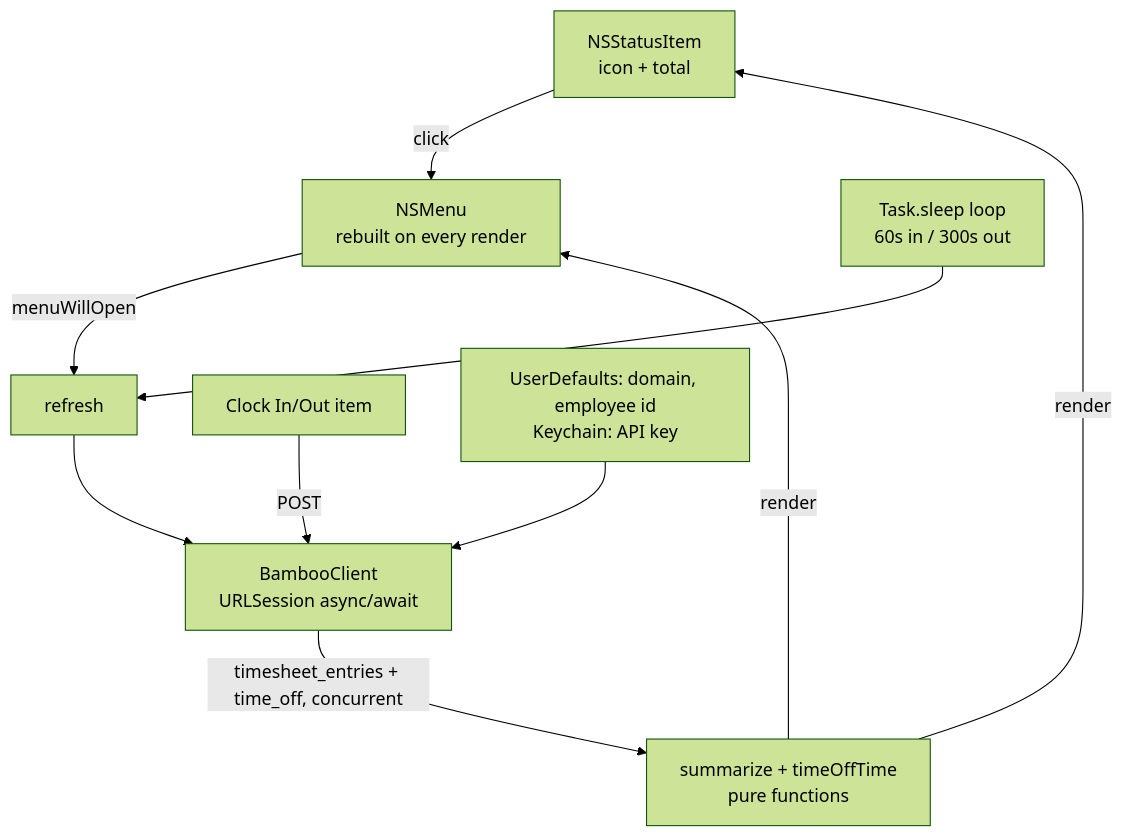
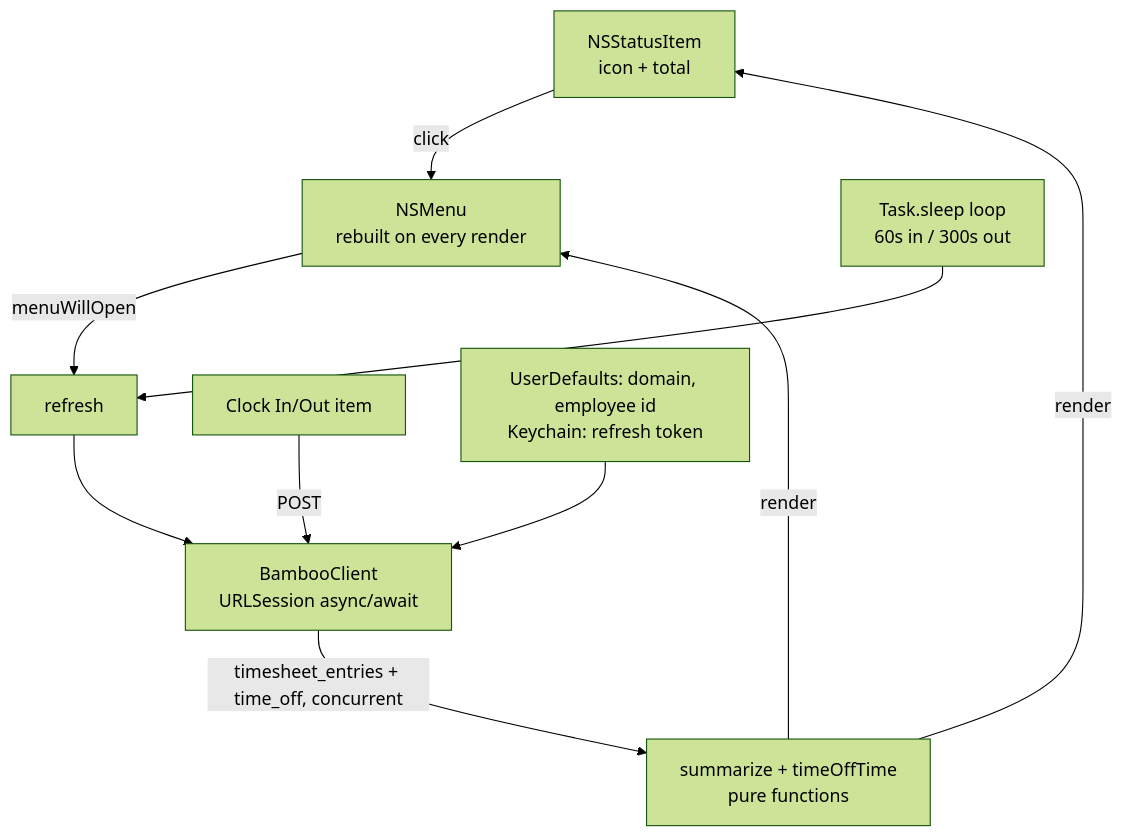
One commit to thilo/bamboo-time changed the diagram in PLAN.md. Above: the diagram before and after it, drawn with Mermaid (forest theme). The commit also changed other lines of this file and 10 other files, not shown here.

First line of the commit message:
Sign in with BambooHR via OAuth instead of an API key

````diff
--- a/PLAN.md
+++ b/PLAN.md
@@ -113,12 +143,12 @@
 ```mermaid
 flowchart TD
     A[NSStatusItem<br/>icon + total] -->|click| B[NSMenu<br/>rebuilt on every render]
     B -->|menuWillOpen| C[refresh]
     C --> D[BambooClient<br/>URLSession async/await]
     D -->|timesheet_entries + time_off, concurrent| E[summarize + timeOffTime<br/>pure functions]
     E -->|render| A
     E -->|render| B
     F[Task.sleep loop<br/>60s in / 300s out] --> C
     G[Clock In/Out item] -->|POST| D
-    H[UserDefaults: domain, employee id<br/>Keychain: API key] --> D
+    H[UserDefaults: domain, employee id<br/>Keychain: refresh token] --> D
 ```
````
